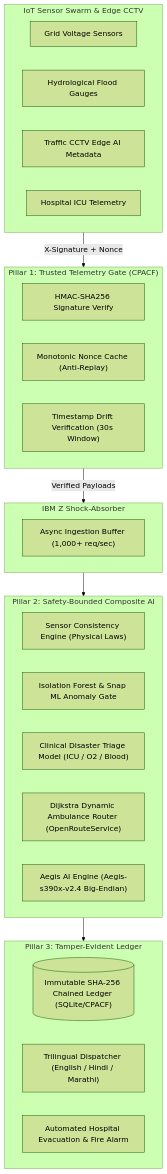
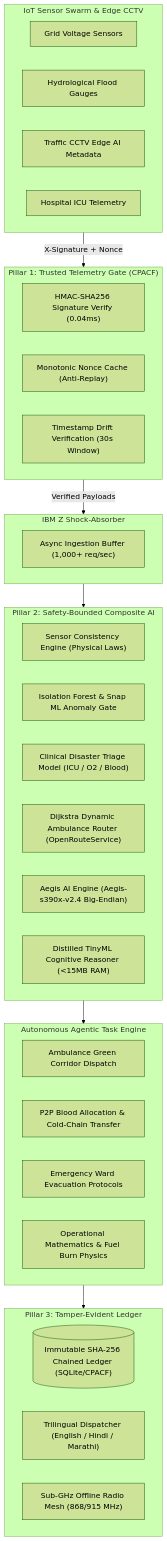
The diagram in README.md (yuvrajlokhande19/Project-Syn-IBMZ), drawn with Mermaid (forest theme) before and after one commit. The commit also changed other lines of this file, not shown here.

Commit message:
docs: comprehensive README overhaul with live cloud links, Docker integration, CLI terminal, and roadmap

````diff
--- a/README.md
+++ b/README.md
@@ -23,38 +36,47 @@
 ```mermaid
 flowchart TD
     subgraph Edge ["IoT Sensor Swarm & Edge CCTV"]
         A1["Grid Voltage Sensors"] 
         A2["Hydrological Flood Gauges"]
         A3["Traffic CCTV Edge AI Metadata"]
         A4["Hospital ICU Telemetry"]
     end
 
     subgraph Gate ["Pillar 1: Trusted Telemetry Gate (CPACF)"]
-        B1["HMAC-SHA256 Signature Verify"]
+        B1["HMAC-SHA256 Signature Verify (0.04ms)"]
         B2["Monotonic Nonce Cache (Anti-Replay)"]
         B3["Timestamp Drift Verification (30s Window)"]
     end
 
     subgraph Shock ["IBM Z Shock-Absorber"]
         Q["Async Ingestion Buffer (1,000+ req/sec)"]
     end
 
     subgraph AI ["Pillar 2: Safety-Bounded Composite AI"]
         C1["Sensor Consistency Engine (Physical Laws)"]
         C2["Isolation Forest & Snap ML Anomaly Gate"]
         C3["Clinical Disaster Triage Model (ICU / O2 / Blood)"]
         C4["Dijkstra Dynamic Ambulance Router (OpenRouteService)"]
         C5["Aegis AI Engine (Aegis-s390x-v2.4 Big-Endian)"]
+        C6["Distilled TinyML Cognitive Reasoner (<15MB RAM)"]
+    end
+
+    subgraph Action ["Autonomous Agentic Task Engine"]
+        E1["Ambulance Green Corridor Dispatch"]
+        E2["P2P Blood Allocation & Cold-Chain Transfer"]
+        E3["Emergency Ward Evacuation Protocols"]
+        E4["Operational Mathematics & Fuel Burn Physics"]
     end
 
     subgraph Ledger ["Pillar 3: Tamper-Evident Ledger"]
         D1[("Immutable SHA-256 Chained Ledger (SQLite/CPACF)")]
         D2["Trilingual Dispatcher (English / Hindi / Marathi)"]
-        D3["Automated Hospital Evacuation & Fire Alarm"]
+        D3["Sub-GHz Offline Radio Mesh (868/915 MHz)"]
     end
 
     Edge -->|X-Signature + Nonce| Gate
     Gate -->|Verified Payloads| Shock
     Shock --> AI
-    AI --> Ledger
+    AI --> Action
+    Action --> Ledger
 ```
````
